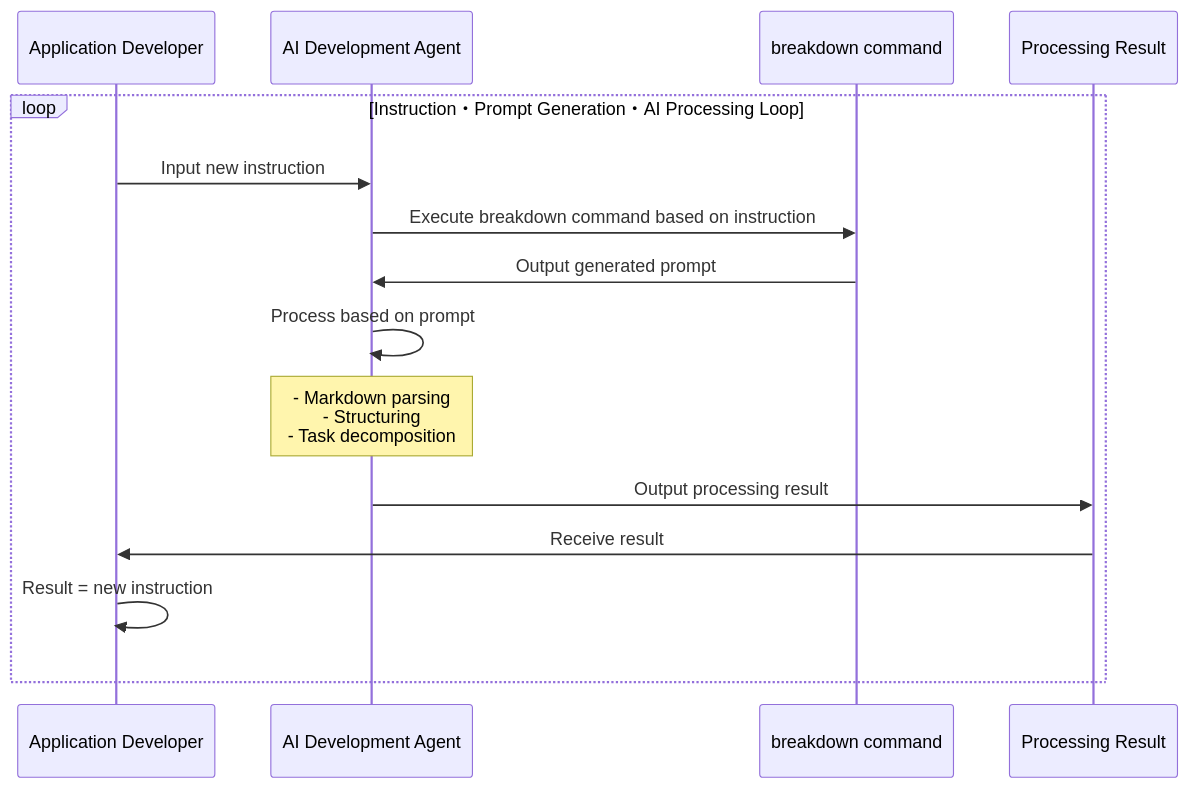
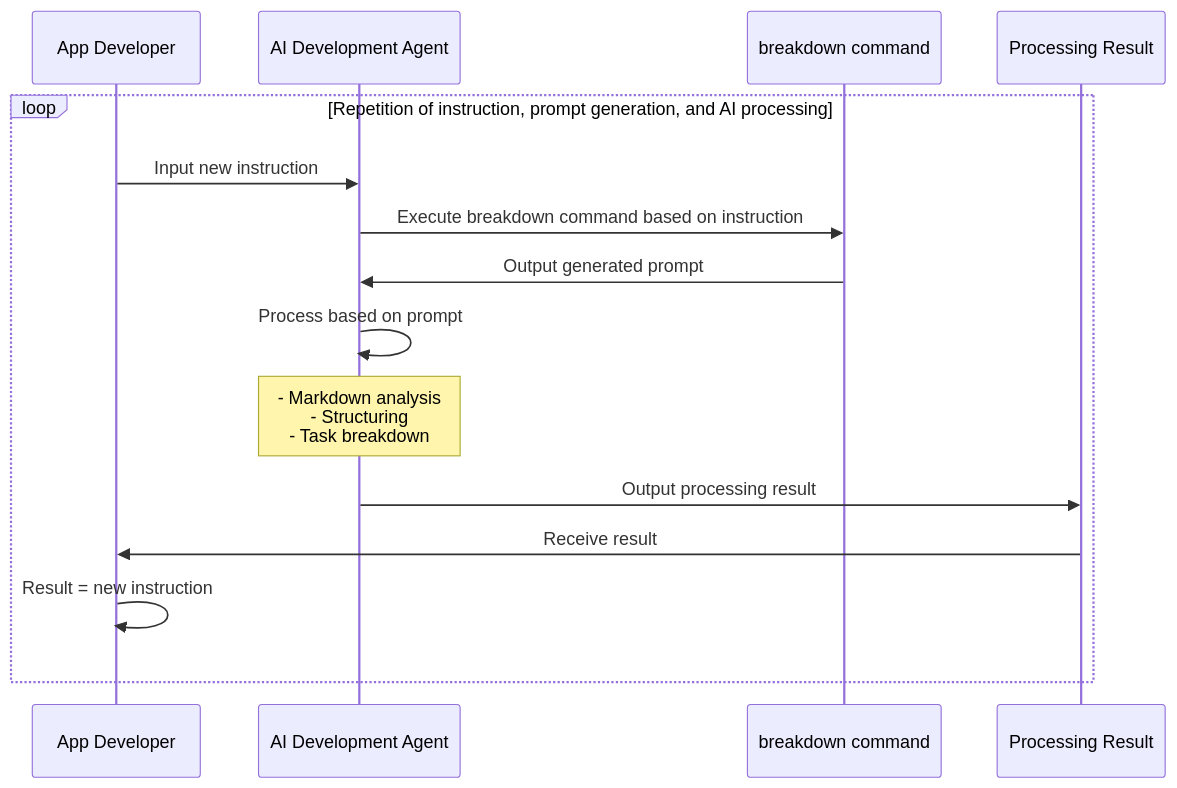
The second of 2 diagrams in docs/index.md (tettuan/breakdown), drawn with Mermaid before and after one commit. The commit also changed other lines of this file and 318 other files, not shown here.

````diff
--- a/docs/index.md
+++ b/docs/index.md
@@ -54,18 +56,18 @@
 ```mermaid
 sequenceDiagram
-  participant Developer as Application Developer
+  participant Developer as App Developer
   participant AI as AI Development Agent
   participant Breakdown as breakdown command
   participant Result as Processing Result
 
-  loop Instruction・Prompt Generation・AI Processing Loop
+  loop Repetition of instruction, prompt generation, and AI processing
     Developer->>AI: Input new instruction
     AI->>Breakdown: Execute breakdown command based on instruction
     Breakdown->>AI: Output generated prompt
     AI->>AI: Process based on prompt
-    Note over AI: - Markdown parsing<br>- Structuring<br>- Task decomposition
+    Note over AI: - Markdown analysis<br>- Structuring<br>- Task breakdown
     AI->>Result: Output processing result
     Result->>Developer: Receive result
     Developer->>Developer: Result = new instruction
   end
 ```
````
